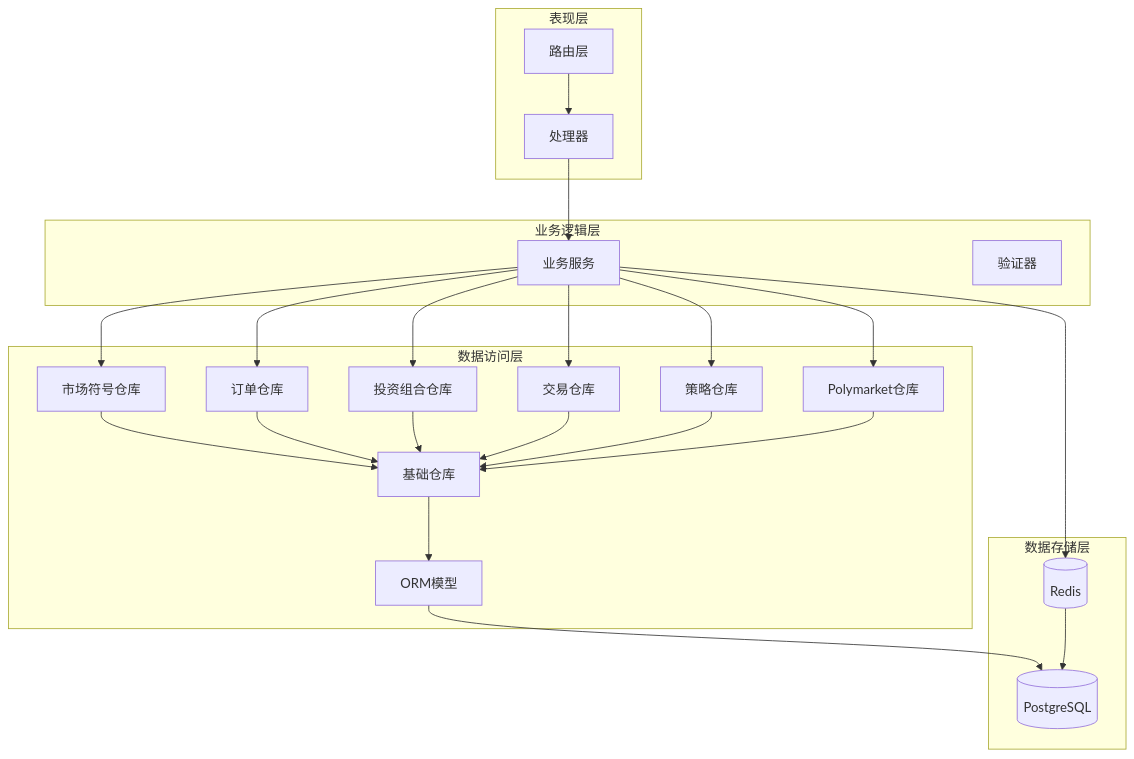
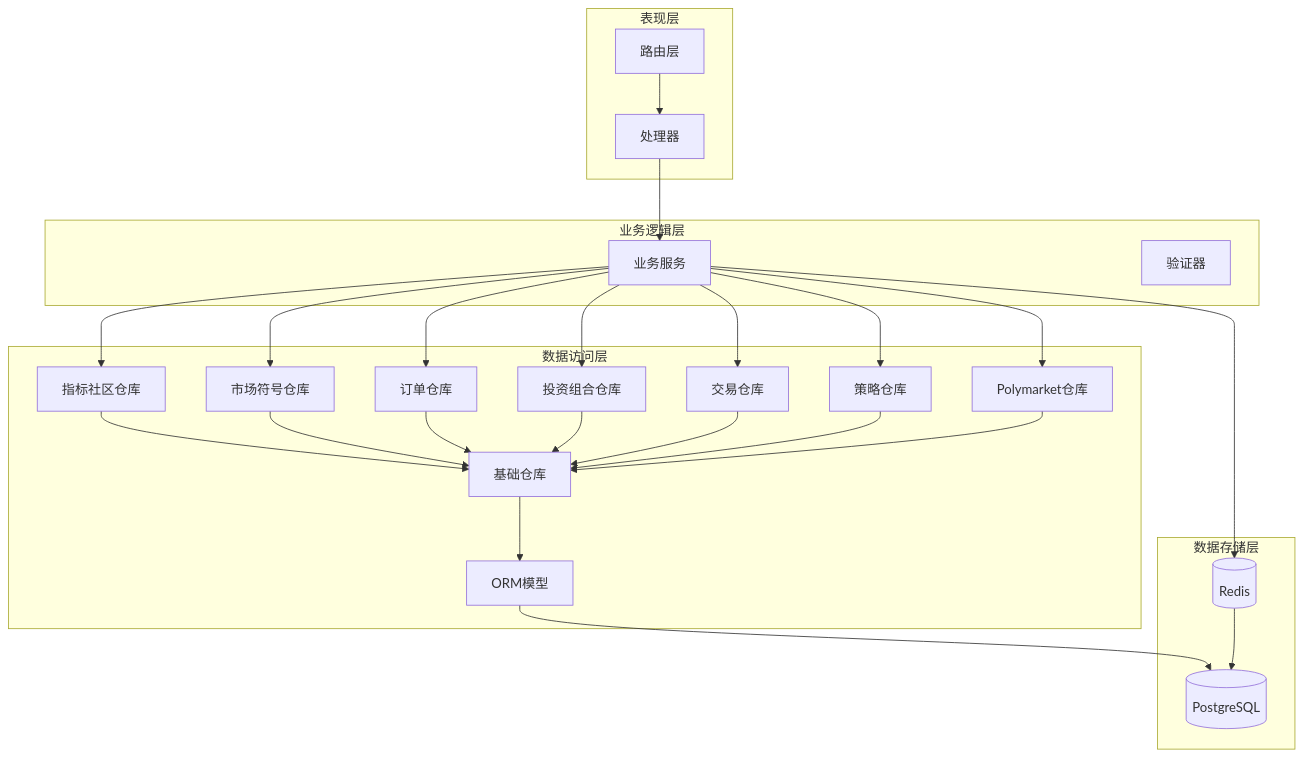
Before and after one commit to joezxh/QuantDinger: the second of 12 diagrams in .qoder/repowiki/zh/content/核心功能模块/数据库现代化与ORM架构.md, drawn with Mermaid. The commit also changed other lines of this file and 160 other files, not shown here.

First line of the commit message:
feat(sync): 添加通用同步调度器和知识图谱分析功能

````diff
--- a/.qoder/repowiki/zh/content/核心功能模块/数据库现代化与ORM架构.md
+++ b/.qoder/repowiki/zh/content/核心功能模块/数据库现代化与ORM架构.md
@@ -166,43 +171,46 @@
 ```mermaid
 graph TD
 subgraph "表现层"
 Routes[路由层]
 Handlers[处理器]
 end
 subgraph "业务逻辑层"
 Business[业务服务]
 Validators[验证器]
 end
 subgraph "数据访问层"
+IndicatorRepo[指标社区仓库]
 MarketRepo[市场符号仓库]
 OrderRepo[订单仓库]
 PortfolioRepo[投资组合仓库]
 TradeRepo[交易仓库]
 StrategyRepo[策略仓库]
 PolymarketRepo[Polymarket仓库]
 BaseRepo[基础仓库]
 Model[ORM模型]
 end
 subgraph "数据存储层"
 DB[(PostgreSQL)]
 Cache[(Redis)]
 end
 Routes --> Handlers
 Handlers --> Business
+Business --> IndicatorRepo
 Business --> MarketRepo
 Business --> OrderRepo
 Business --> PortfolioRepo
 Business --> TradeRepo
 Business --> StrategyRepo
 Business --> PolymarketRepo
+IndicatorRepo --> BaseRepo
 MarketRepo --> BaseRepo
 OrderRepo --> BaseRepo
 PortfolioRepo --> BaseRepo
 TradeRepo --> BaseRepo
 StrategyRepo --> BaseRepo
 PolymarketRepo --> BaseRepo
 BaseRepo --> Model
 Model --> DB
 Business --> Cache
 Cache --> DB
 ```
````
